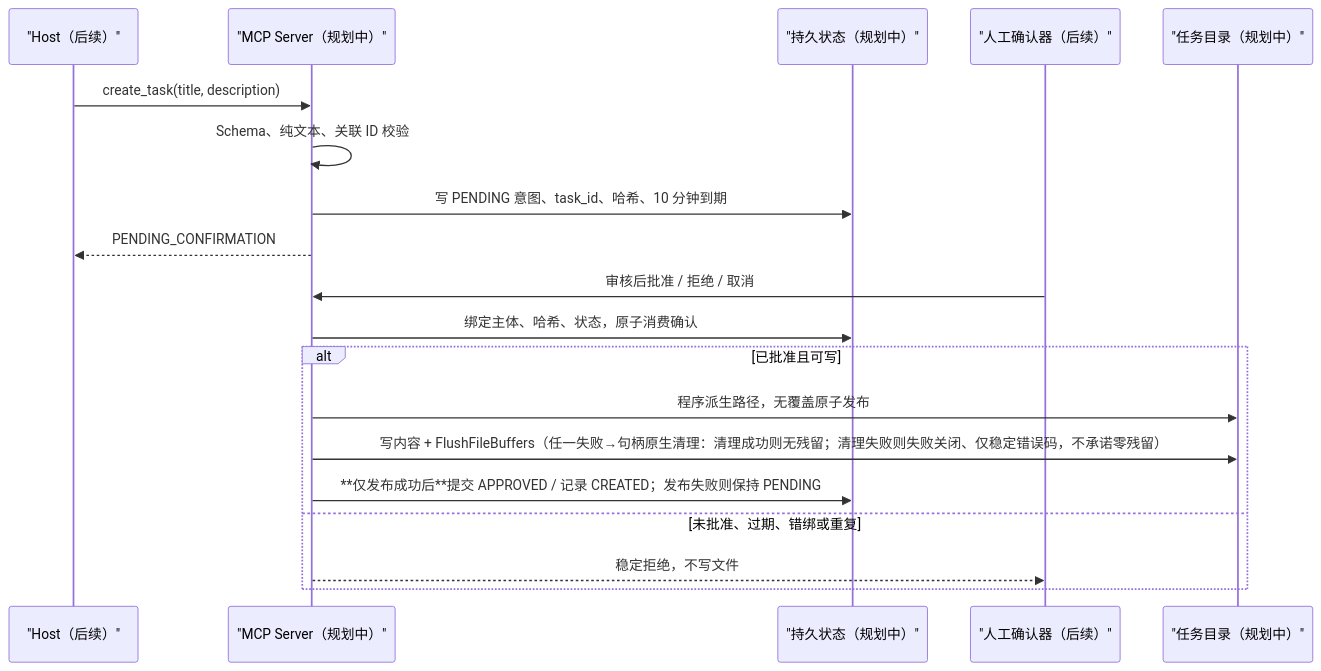
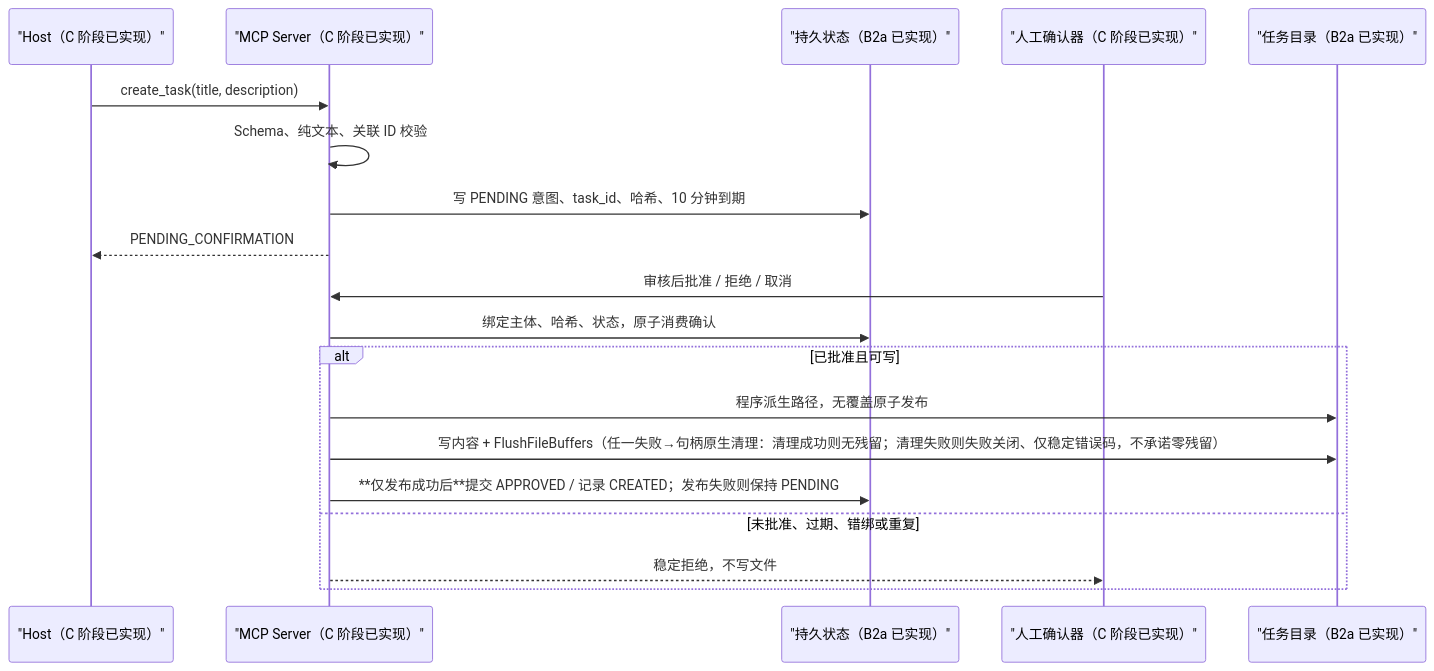
One commit to rorinhoon-bot/ai-application-portfolio changed the second of 2 diagrams in projects/03-mcp-tool-server/docs/ARCHITECTURE.md. Above: the diagram before and after it, drawn with Mermaid. The commit also changed other lines of this file and 21 other files, not shown here.

````diff
--- a/projects/03-mcp-tool-server/docs/ARCHITECTURE.md
+++ b/projects/03-mcp-tool-server/docs/ARCHITECTURE.md
@@ -53,21 +53,21 @@
 ```mermaid
 sequenceDiagram
-    participant H as "Host（后续）"
-    participant S as "MCP Server（规划中）"
-    participant D as "持久状态（规划中）"
-    participant U as "人工确认器（后续）"
-    participant F as "任务目录（规划中）"
+    participant H as "Host（C 阶段已实现）"
+    participant S as "MCP Server（C 阶段已实现）"
+    participant D as "持久状态（B2a 已实现）"
+    participant U as "人工确认器（C 阶段已实现）"
+    participant F as "任务目录（B2a 已实现）"
     H->>S: create_task(title, description)
     S->>S: Schema、纯文本、关联 ID 校验
     S->>D: 写 PENDING 意图、task_id、哈希、10 分钟到期
     S-->>H: PENDING_CONFIRMATION
     U->>S: 审核后批准 / 拒绝 / 取消
     S->>D: 绑定主体、哈希、状态，原子消费确认
     alt 已批准且可写
         S->>F: 程序派生路径，无覆盖原子发布
         S->>F: 写内容 + FlushFileBuffers（任一失败→句柄原生清理：清理成功则无残留；清理失败则失败关闭、仅稳定错误码，不承诺零残留）
         S->>D: **仅发布成功后**提交 APPROVED / 记录 CREATED；发布失败则保持 PENDING
     else 未批准、过期、错绑或重复
         S-->>U: 稳定拒绝，不写文件
     end
 ```
````
